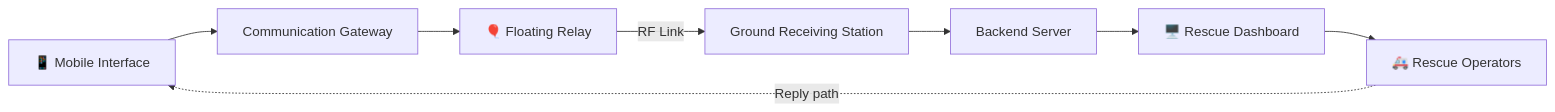
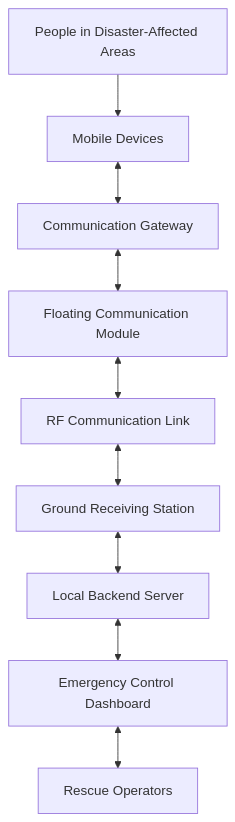
The first of 3 diagrams in README.md (austinjosephes/ResQMesh-DisasterManagement), drawn with Mermaid before and after one commit. The commit also changed other lines of this file, not shown here.

````diff
--- a/README.md
+++ b/README.md
@@ -56,10 +63,21 @@
 ```mermaid
-flowchart LR
-    A[📱 Mobile Interface] --> B[Communication Gateway]
-    B --> C[🎈 Floating Relay]
-    C -->|RF Link| D[Ground Receiving Station]
-    D --> E[Backend Server]
-    E --> F[🖥️ Rescue Dashboard]
-    F --> G[🚑 Rescue Operators]
-    G -.->|Reply path| A
+flowchart TD
+    A[People in Disaster-Affected Areas]
+    B[Mobile Devices]
+    C[Communication Gateway]
+    D[Floating Communication Module]
+    E[RF Communication Link]
+    F[Ground Receiving Station]
+    G[Local Backend Server]
+    H[Emergency Control Dashboard]
+    I[Rescue Operators]
+
+    A --> B
+    B <--> C
+    C <--> D
+    D <--> E
+    E <--> F
+    F <--> G
+    G <--> H
+    H <--> I
 ```
````
